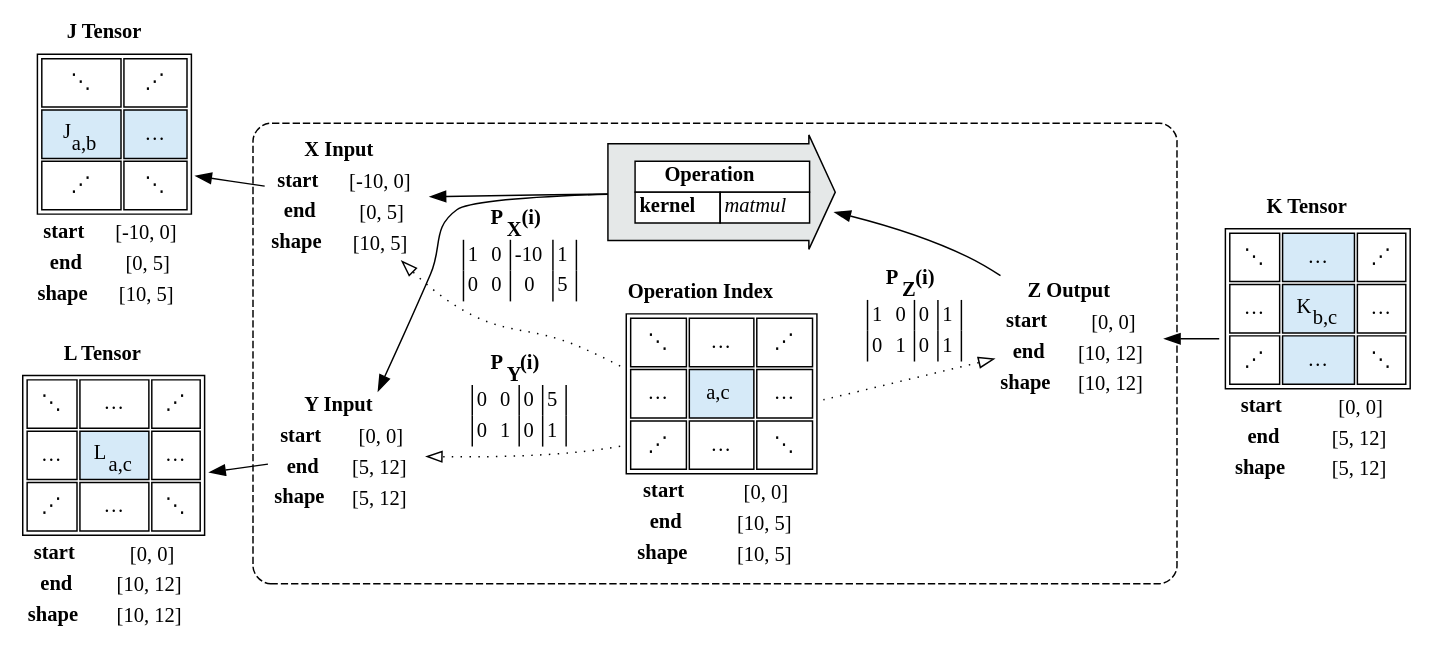
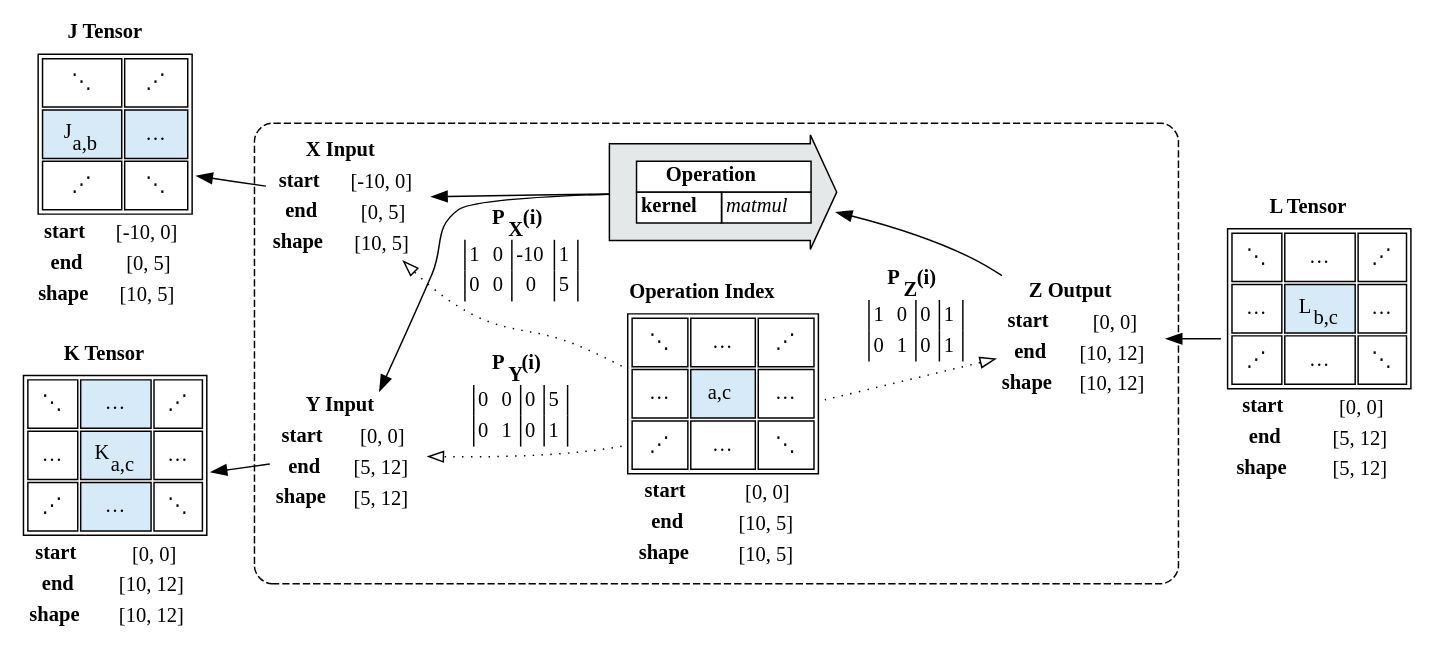
The diagram in docs/PolyhedralTypes/PolyhedralTypeSignatures/matmul.example.dot (crutcher/tapestry), drawn with Graphviz before and after one commit. The commit also changed 2 other files, not shown here.

```diff
--- a/docs/PolyhedralTypes/PolyhedralTypeSignatures/matmul.example.dot
+++ b/docs/PolyhedralTypes/PolyhedralTypeSignatures/matmul.example.dot
@@ -33,22 +33,22 @@
         shape="plain",
         label=<
 <table border="0">
-<tr><td colspan="2"><b>L Tensor</b></td></tr>
+<tr><td colspan="2"><b>K Tensor</b></td></tr>
 <tr><td colspan="2">
         <table cellpadding="8">
             <tr>
                 <td>⋱</td>
-                <td>…</td>
+                <td bgcolor="#D6EAF8">…</td>
                 <td>⋰</td>
                 </tr>
             <tr>
                 <td>…</td>
-                <td bgcolor="#D6EAF8">L<sub>a,c</sub></td>
+                <td bgcolor="#D6EAF8">K<sub>a,c</sub></td>
                 <td>…</td>
                 </tr>
             <tr>
                 <td>⋰</td>
-                <td>…</td>
+                <td bgcolor="#D6EAF8">…</td>
                 <td>⋱</td>
                 </tr>
             </table>
@@ -65,22 +65,22 @@
         shape="plain",
         label=<
 <table border="0">
-<tr><td colspan="2"><b>K Tensor</b></td></tr>
+<tr><td colspan="2"><b>L Tensor</b></td></tr>
 <tr><td colspan="2">
         <table cellpadding="8">
             <tr>
                 <td>⋱</td>
-                <td bgcolor="#D6EAF8">…</td>
+                <td>…</td>
                 <td>⋰</td>
                 </tr>
             <tr>
                 <td>…</td>
-                <td bgcolor="#D6EAF8">K<sub>b,c</sub></td>
+                <td bgcolor="#D6EAF8">L<sub>b,c</sub></td>
                 <td>…</td>
                 </tr>
             <tr>
                 <td>⋰</td>
-                <td bgcolor="#D6EAF8">…</td>
+                <td>…</td>
                 <td>⋱</td>
                 </tr>
             </table>
```
